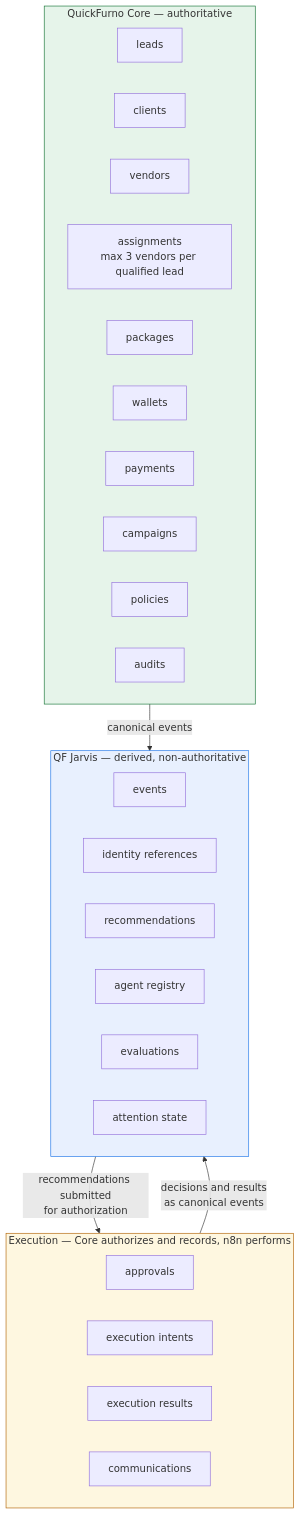
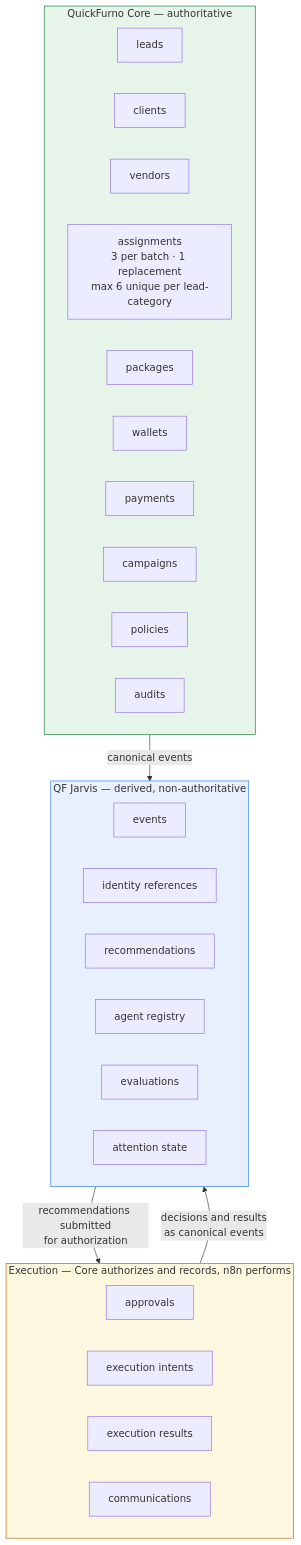
Before and after one commit to quickfurno-maker/qf-jarvis: the diagram in docs/architecture/domain-map.md, drawn with Mermaid. The commit also changed other lines of this file and 109 other files, not shown here.

````diff
--- a/docs/architecture/domain-map.md
+++ b/docs/architecture/domain-map.md
@@ -90,39 +90,39 @@
 ```mermaid
 flowchart TB
     subgraph CoreDomains["QuickFurno Core — authoritative"]
         L["leads"]
         C["clients"]
         V["vendors"]
-        AS["assignments<br/>max 3 vendors per qualified lead"]
+        AS["assignments<br/>3 per batch · 1 replacement<br/>max 6 unique per lead-category"]
         PK["packages"]
         W["wallets"]
         PY["payments"]
         CM["campaigns"]
         PO["policies"]
         AU["audits"]
     end
 
     subgraph ExecDomains["Execution — Core authorizes and records, n8n performs"]
         AP["approvals"]
         EX["execution intents"]
         ER["execution results"]
         CO["communications"]
     end
 
     subgraph JarvisDomains["QF Jarvis — derived, non-authoritative"]
         EV["events"]
         IR["identity references"]
         RE["recommendations"]
         AR["agent registry"]
         EL["evaluations"]
         AT["attention state"]
     end
 
     CoreDomains -->|"canonical events"| JarvisDomains
     JarvisDomains -->|"recommendations submitted<br/>for authorization"| ExecDomains
     ExecDomains -->|"decisions and results<br/>as canonical events"| JarvisDomains
 
     style JarvisDomains fill:#e8f0fe,stroke:#1a73e8
     style CoreDomains fill:#e6f4ea,stroke:#137333
     style ExecDomains fill:#fef7e0,stroke:#b06000
 ```
````
